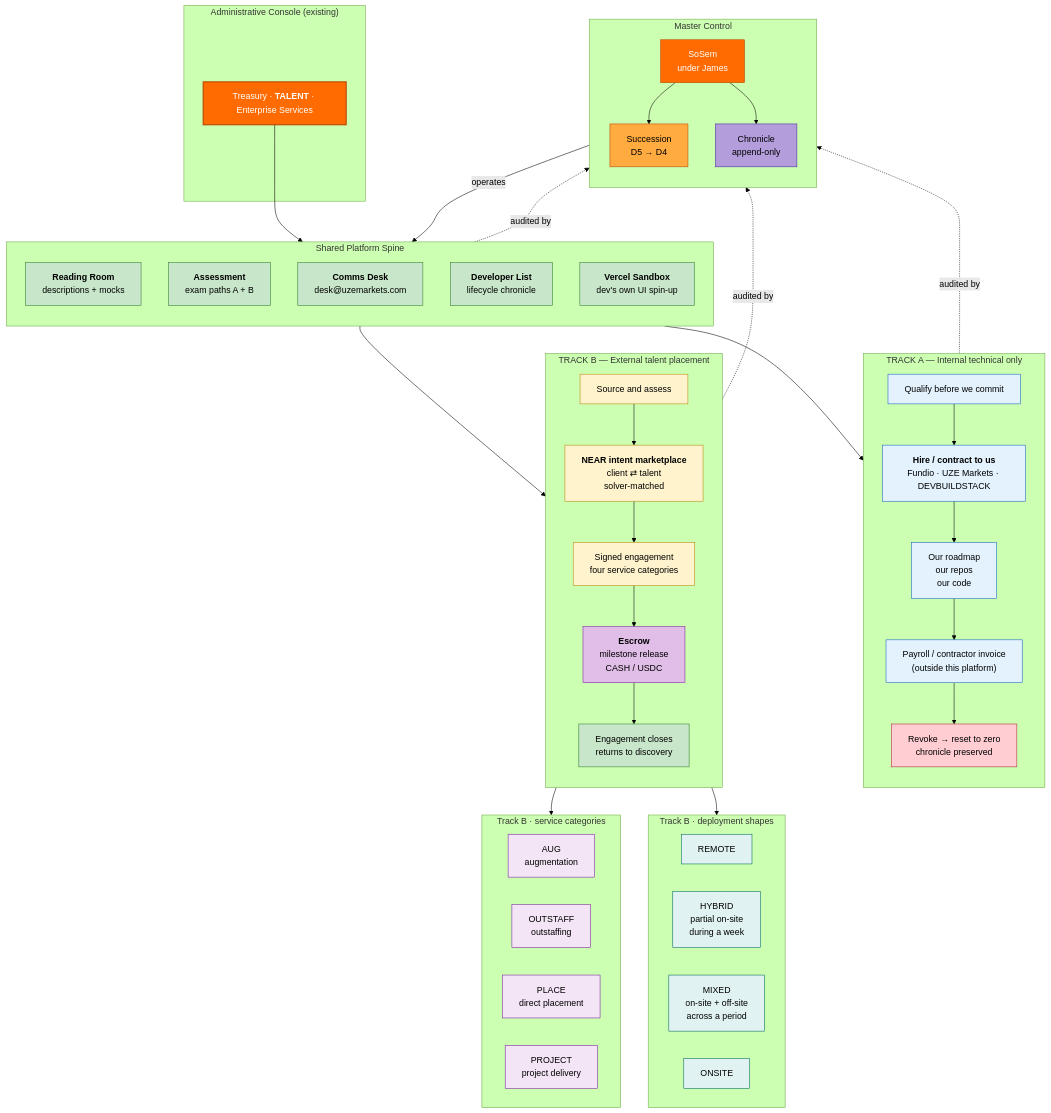
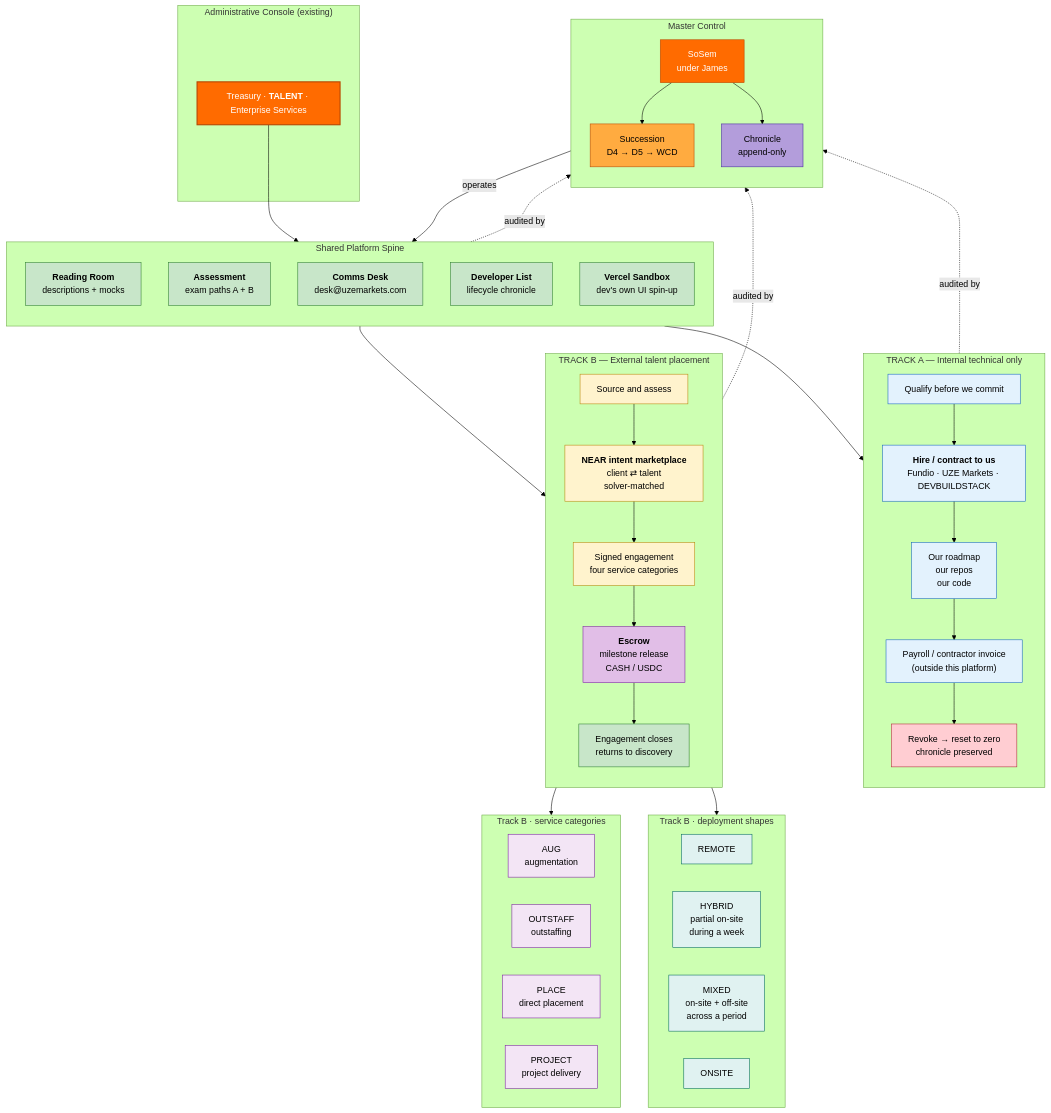
The diagram in docs/talent/dual-track-business-view.mmd (DEVBUILDSTACK/UZE), drawn with Mermaid (forest theme) before and after one commit. The commit also changed 4 other files, not shown here.

Commit message:
Succession correction (James 2026-11-18): chain D4 → D5 → WCD, WCD full name William Cumberland Dugan — exhibits, engineering doc, Phase 0 scope G7 ruled

```diff
--- a/docs/talent/dual-track-business-view.mmd
+++ b/docs/talent/dual-track-business-view.mmd
@@ -1,97 +1,97 @@
 flowchart TB
     subgraph CONSOLE["Administrative Console (existing)"]
         NAV["Treasury · <b>TALENT</b> · Enterprise Services"]
     end
 
     subgraph SHARED["Shared Platform Spine"]
         direction TB
         SP_RR["<b>Reading Room</b><br/>descriptions + mocks"]
         SP_AS["<b>Assessment</b><br/>exam paths A + B"]
         SP_CD["<b>Comms Desk</b><br/>desk@uzemarkets.com"]
         SP_DL["<b>Developer List</b><br/>lifecycle chronicle"]
         SP_SB["<b>Vercel Sandbox</b><br/>dev's own UI spin-up"]
     end
 
     subgraph TRACKA["TRACK A — Internal technical only"]
         direction TB
         TA1["Qualify before we commit"]
         TA2["<b>Hire / contract to us</b><br/>Fundio · UZE Markets · DEVBUILDSTACK"]
         TA3["Our roadmap<br/>our repos<br/>our code"]
         TA4["Payroll / contractor invoice<br/>(outside this platform)"]
         TA5["Revoke → reset to zero<br/>chronicle preserved"]
         TA1 --> TA2 --> TA3 --> TA4 --> TA5
     end
 
     subgraph TRACKB["TRACK B — External talent placement"]
         direction TB
         TB1["Source and assess"]
         TB2["<b>NEAR intent marketplace</b><br/>client ⇄ talent<br/>solver-matched"]
         TB3["Signed engagement<br/>four service categories"]
         TB4["<b>Escrow</b><br/>milestone release<br/>CASH / USDC"]
         TB5["Engagement closes<br/>returns to discovery"]
         TB1 --> TB2 --> TB3 --> TB4 --> TB5
     end
 
     subgraph SERVICES["Track B · service categories"]
         direction LR
         SC1["AUG<br/>augmentation"]
         SC2["OUTSTAFF<br/>outstaffing"]
         SC3["PLACE<br/>direct placement"]
         SC4["PROJECT<br/>project delivery"]
     end
 
     subgraph DEPLOY["Track B · deployment shapes"]
         direction LR
         DP1["REMOTE"]
         DP2["HYBRID<br/>partial on-site<br/>during a week"]
         DP3["MIXED<br/>on-site + off-site<br/>across a period"]
         DP4["ONSITE"]
     end
 
     NAV --> SHARED
     SHARED --> TRACKA
     SHARED --> TRACKB
     TB3 --> SERVICES
     TB3 --> DEPLOY
 
     subgraph CTRL["Master Control"]
         direction TB
         MA["SoSem<br/>under James"]
-        SU["Succession<br/>D5 → D4"]
+        SU["Succession<br/>D4 → D5 → WCD"]
         AUD["Chronicle<br/>append-only"]
         MA --> SU
         MA --> AUD
     end
 
     SHARED -.->|"audited by"| AUD
     TRACKA -.->|"audited by"| AUD
     TRACKB -.->|"audited by"| AUD
     CTRL -->|"operates"| SHARED
 
     style NAV fill:#ff6b00,color:#fff,stroke:#b74700,stroke-width:2px
     style SP_RR fill:#c8e6c9,stroke:#2e7d32
     style SP_AS fill:#c8e6c9,stroke:#2e7d32
     style SP_CD fill:#c8e6c9,stroke:#2e7d32
     style SP_DL fill:#c8e6c9,stroke:#2e7d32
     style SP_SB fill:#c8e6c9,stroke:#2e7d32
     style TA1 fill:#e3f2fd,stroke:#1565c0
     style TA2 fill:#e3f2fd,stroke:#1565c0
     style TA3 fill:#e3f2fd,stroke:#1565c0
     style TA4 fill:#e3f2fd,stroke:#1565c0
     style TA5 fill:#ffcdd2,stroke:#b02a37
     style TB1 fill:#fff3cd,stroke:#b8860b
     style TB2 fill:#fff3cd,stroke:#b8860b
     style TB3 fill:#fff3cd,stroke:#b8860b
     style TB4 fill:#e1bee7,stroke:#7b1fa2
     style TB5 fill:#c8e6c9,stroke:#2e7d32
     style SC1 fill:#f3e5f5,stroke:#7b1fa2
     style SC2 fill:#f3e5f5,stroke:#7b1fa2
     style SC3 fill:#f3e5f5,stroke:#7b1fa2
     style SC4 fill:#f3e5f5,stroke:#7b1fa2
     style DP1 fill:#e0f2f1,stroke:#00695c
     style DP2 fill:#e0f2f1,stroke:#00695c
     style DP3 fill:#e0f2f1,stroke:#00695c
     style DP4 fill:#e0f2f1,stroke:#00695c
     style MA fill:#ff6b00,color:#fff,stroke:#b74700
     style SU fill:#ffab40,stroke:#b74700
     style AUD fill:#b39ddb,stroke:#4527a0
```
